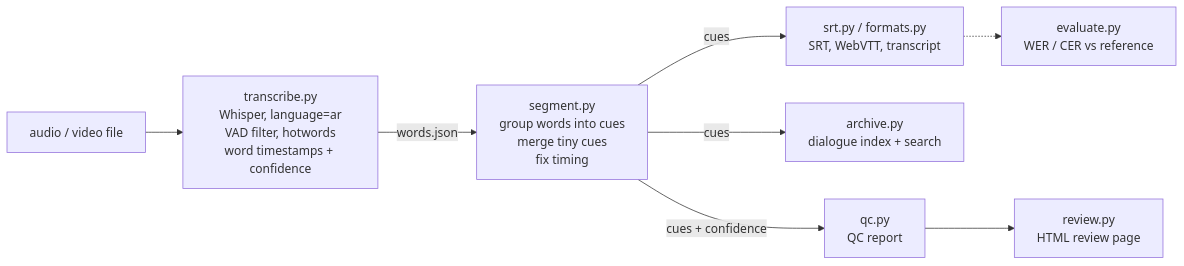
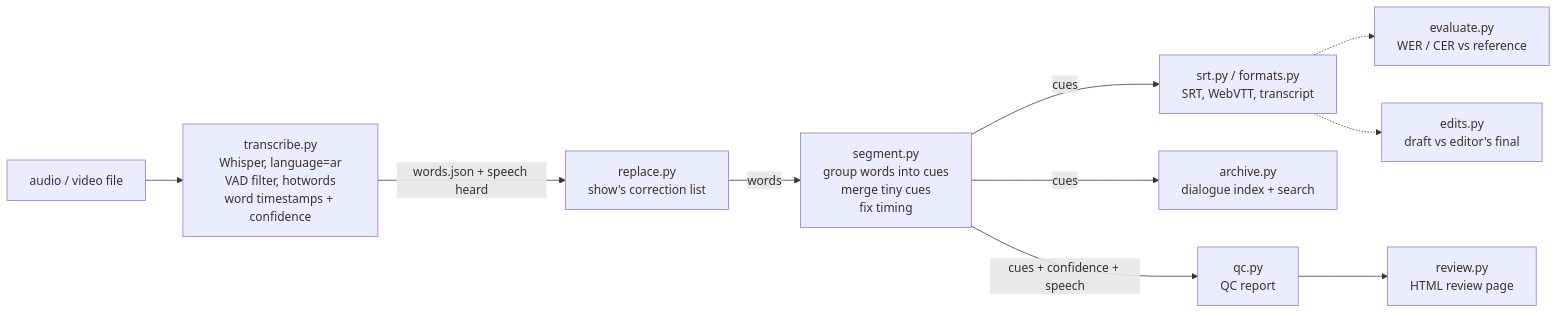
Before and after one commit to Ziad-Abdalla/gulf-whisper-srt: the diagram in README.md, drawn with Mermaid. The commit also changed other lines of this file and 1 other file, not shown here.

Commit message:
README: speech check, correction list, edits report, search rules, hotword token limit

````diff
--- a/README.md
+++ b/README.md
@@ -154,10 +223,12 @@
 ```mermaid
 flowchart LR
     A[audio / video file] --> B[transcribe.py<br/>Whisper, language=ar<br/>VAD filter, hotwords<br/>word timestamps + confidence]
-    B -->|words.json| C[segment.py<br/>group words into cues<br/>merge tiny cues<br/>fix timing]
+    B -->|words.json + speech heard| R[replace.py<br/>show's correction list]
+    R -->|words| C[segment.py<br/>group words into cues<br/>merge tiny cues<br/>fix timing]
     C -->|cues| D[srt.py / formats.py<br/>SRT, WebVTT, transcript]
     C -->|cues| G[archive.py<br/>dialogue index + search]
-    C -->|cues + confidence| H[qc.py<br/>QC report]
+    C -->|cues + confidence + speech| H[qc.py<br/>QC report]
     H --> I[review.py<br/>HTML review page]
     D -.-> F[evaluate.py<br/>WER / CER vs reference]
+    D -.-> E[edits.py<br/>draft vs editor's final]
 ```
````
